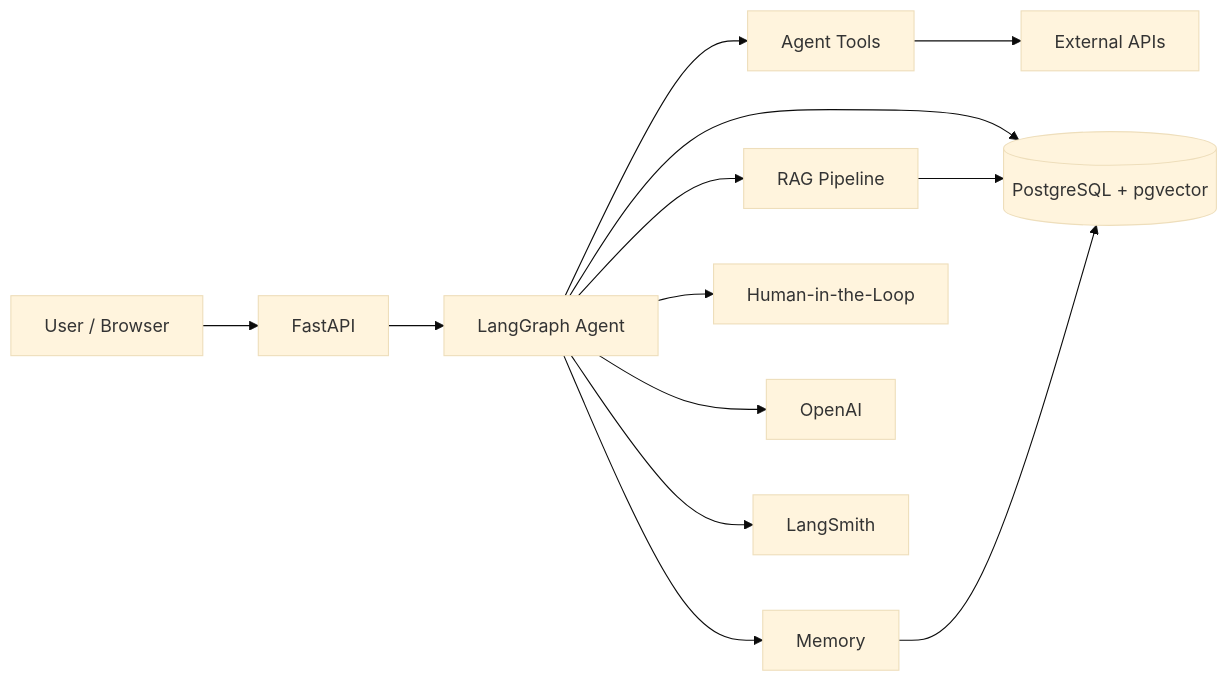
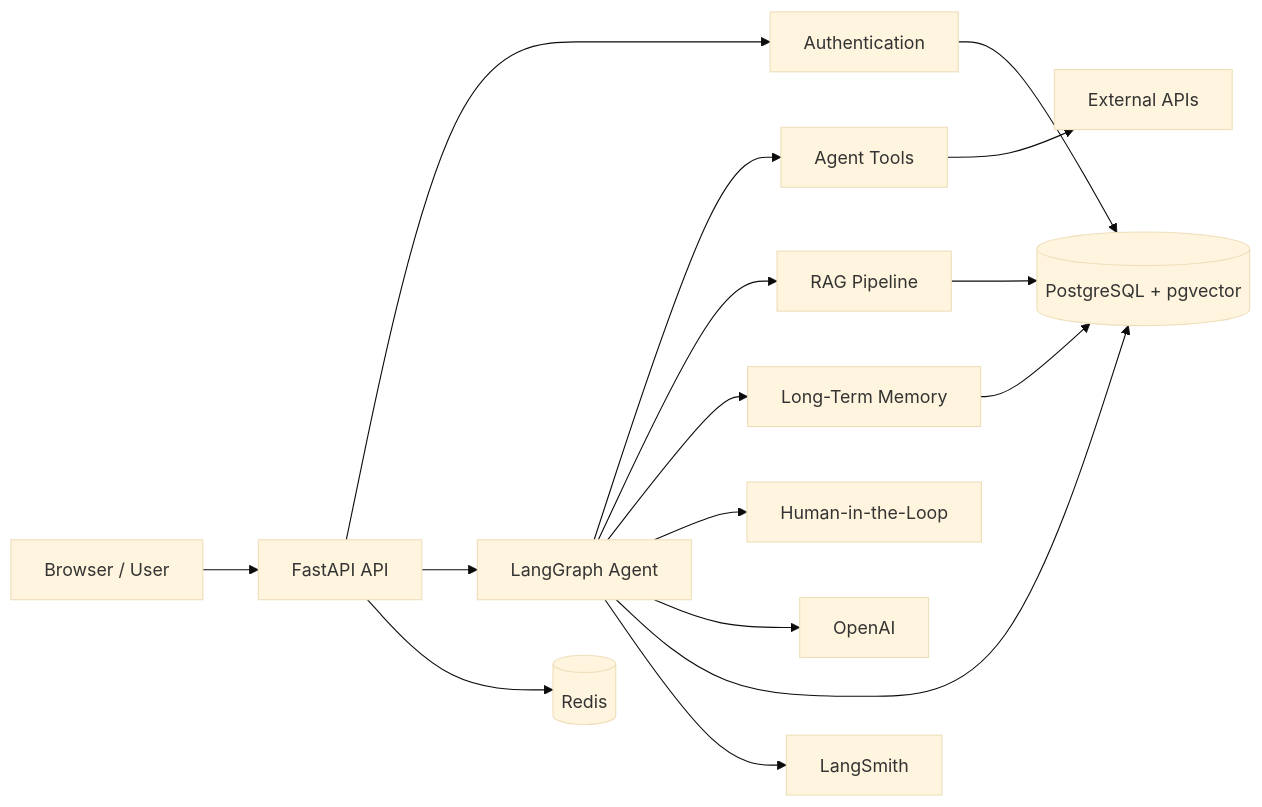
The third of 4 diagrams in README.md (RobertStec/RobBotGPT), drawn with Mermaid (base theme) before and after one commit. The commit also changed other lines of this file, not shown here.

````diff
--- a/README.md
+++ b/README.md
@@ -147,37 +198,43 @@
 ```mermaid
 flowchart LR
-    USER[User / Browser]
+    USER[Browser / User]
 
-    API[FastAPI]
+    API[FastAPI API]
+    AUTH[Authentication]
 
     GRAPH[LangGraph Agent]
 
     TOOLS[Agent Tools]
     RAG[RAG Pipeline]
-    MEMORY[Memory]
+    MEMORY[Long-Term Memory]
     HITL[Human-in-the-Loop]
 
     PG[(PostgreSQL + pgvector)]
+    REDIS[(Redis)]
 
     OPENAI[OpenAI]
     EXTERNAL[External APIs]
     LANGSMITH[LangSmith]
 
     USER --> API
+    API --> AUTH
     API --> GRAPH
 
     GRAPH --> TOOLS
     GRAPH --> RAG
     GRAPH --> MEMORY
     GRAPH --> HITL
 
     GRAPH --> OPENAI
 
     TOOLS --> EXTERNAL
 
     GRAPH --> PG
     RAG --> PG
     MEMORY --> PG
+    AUTH --> PG
+
+    API --> REDIS
 
     GRAPH --> LANGSMITH
 ```
````
